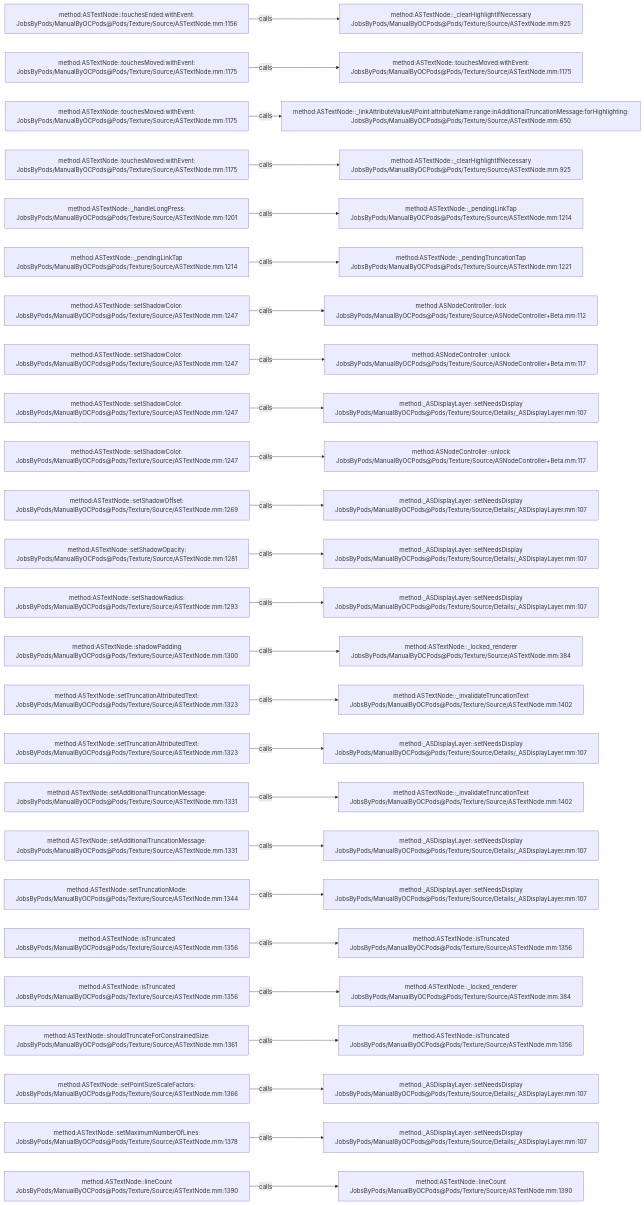
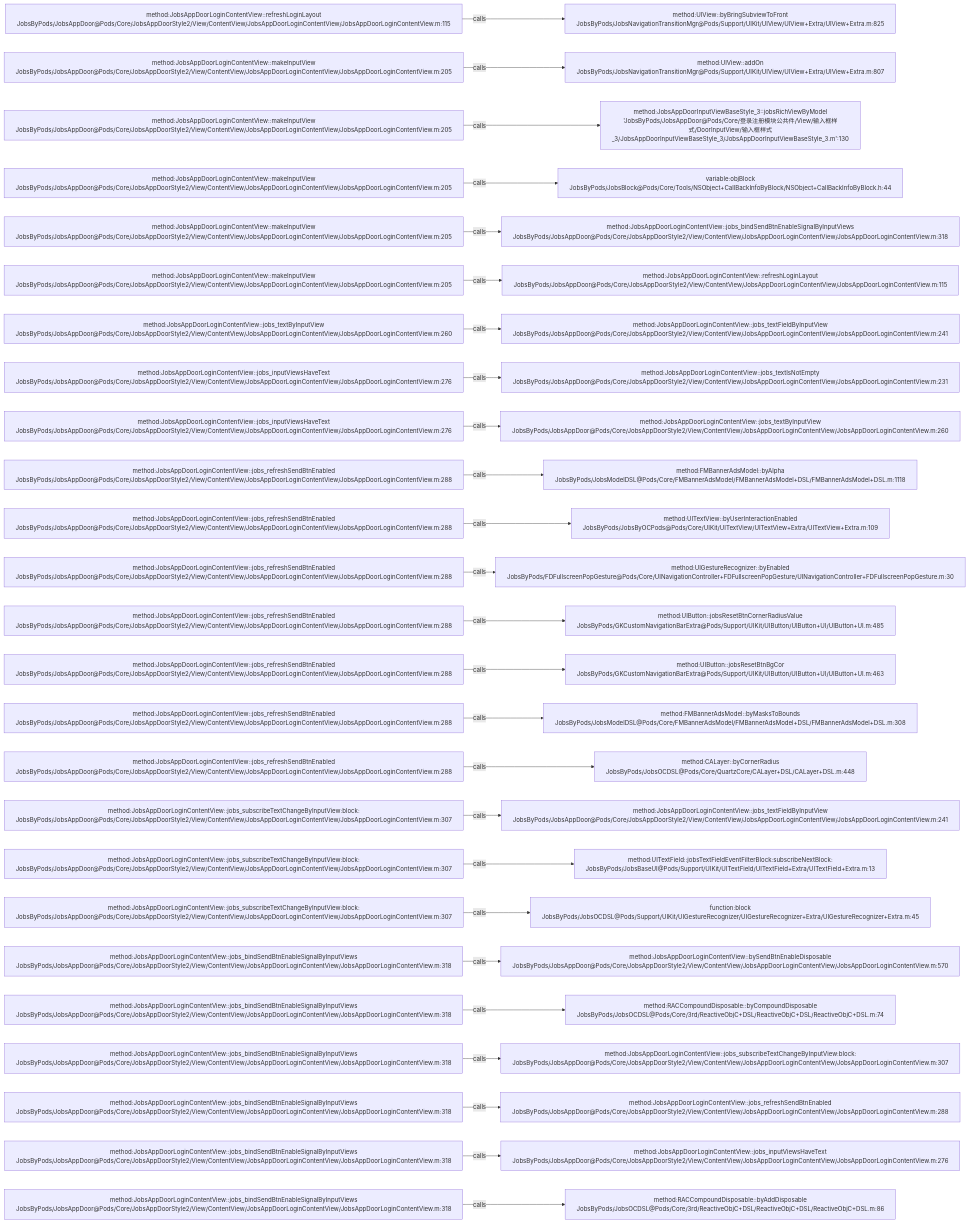
Before and after one commit to JobsKits/JobsOCBaseConfigDemo: the diagram in .codegraph/codegraph.md/graphs/calls-122.md, drawn with Mermaid. The commit also changed 768 other files, not shown here.

````diff
--- a/.codegraph/codegraph.md/graphs/calls-122.md
+++ b/.codegraph/codegraph.md/graphs/calls-122.md
@@ -13,78 +13,78 @@
 ```mermaid
 flowchart LR
-  S1["method:ASTextNode::touchesEnded:withEvent:<br/>JobsByPods/ManualByOCPods@Pods/Texture/Source/ASTextNode.mm:1156"]
-  T1["method:ASTextNode::_clearHighlightIfNecessary<br/>JobsByPods/ManualByOCPods@Pods/Texture/Source/ASTextNode.mm:925"]
+  S1["method:JobsAppDoorLoginContentView::refreshLoginLayout<br/>JobsByPods/JobsAppDoor@Pods/Core/JobsAppDoorStyle2/View/ContentView/JobsAppDoorLoginContentView/JobsAppDoorLoginContentView.m:115"]
+  T1["method:UIView::byBringSubviewToFront<br/>JobsByPods/JobsNavigationTransitionMgr@Pods/Support/UIKit/UIView/UIView+Extra/UIView+Extra.m:825"]
   S1 -->|calls| T1
-  S2["method:ASTextNode::touchesMoved:withEvent:<br/>JobsByPods/ManualByOCPods@Pods/Texture/Source/ASTextNode.mm:1175"]
-  T2["method:ASTextNode::touchesMoved:withEvent:<br/>JobsByPods/ManualByOCPods@Pods/Texture/Source/ASTextNode.mm:1175"]
+  S2["method:JobsAppDoorLoginContentView::makeInputView<br/>JobsByPods/JobsAppDoor@Pods/Core/JobsAppDoorStyle2/View/ContentView/JobsAppDoorLoginContentView/JobsAppDoorLoginContentView.m:205"]
+  T2["method:UIView::addOn<br/>JobsByPods/JobsNavigationTransitionMgr@Pods/Support/UIKit/UIView/UIView+Extra/UIView+Extra.m:807"]
   S2 -->|calls| T2
-  S3["method:ASTextNode::touchesMoved:withEvent:<br/>JobsByPods/ManualByOCPods@Pods/Texture/Source/ASTextNode.mm:1175"]
-  T3["method:ASTextNode::_linkAttributeValueAtPoint:attributeName:range:inAdditionalTruncationMessage:forHighlighting:<br/>JobsByPods/ManualByOCPods@Pods/Texture/Source/ASTextNode.mm:650"]
+  S3["method:JobsAppDoorLoginContentView::makeInputView<br/>JobsByPods/JobsAppDoor@Pods/Core/JobsAppDoorStyle2/View/ContentView/JobsAppDoorLoginContentView/JobsAppDoorLoginContentView.m:205"]
+  T3["method:JobsAppDoorInputViewBaseStyle_3::jobsRichViewByModel<br/>'JobsByPods/JobsAppDoor@Pods/Core/登录注册模块公共件/View/输入框样式/DoorInputView/输入框样式_3/JobsAppDoorInputViewBaseStyle_3/JobsAppDoorInputViewBaseStyle_3.m':130"]
   S3 -->|calls| T3
-  S4["method:ASTextNode::touchesMoved:withEvent:<br/>JobsByPods/ManualByOCPods@Pods/Texture/Source/ASTextNode.mm:1175"]
-  T4["method:ASTextNode::_clearHighlightIfNecessary<br/>JobsByPods/ManualByOCPods@Pods/Texture/Source/ASTextNode.mm:925"]
+  S4["method:JobsAppDoorLoginContentView::makeInputView<br/>JobsByPods/JobsAppDoor@Pods/Core/JobsAppDoorStyle2/View/ContentView/JobsAppDoorLoginContentView/JobsAppDoorLoginContentView.m:205"]
+  T4["variable:objBlock<br/>JobsByPods/JobsBlock@Pods/Core/Tools/NSObject+CallBackInfoByBlock/NSObject+CallBackInfoByBlock.h:44"]
   S4 -->|calls| T4
-  S5["method:ASTextNode::_handleLongPress:<br/>JobsByPods/ManualByOCPods@Pods/Texture/Source/ASTextNode.mm:1201"]
-  T5["method:ASTextNode::_pendingLinkTap<br/>JobsByPods/ManualByOCPods@Pods/Texture/Source/ASTextNode.mm:1214"]
+  S5["method:JobsAppDoorLoginContentView::makeInputView<br/>JobsByPods/JobsAppDoor@Pods/Core/JobsAppDoorStyle2/View/ContentView/JobsAppDoorLoginContentView/JobsAppDoorLoginContentView.m:205"]
+  T5["method:JobsAppDoorLoginContentView::jobs_bindSendBtnEnableSignalByInputViews<br/>JobsByPods/JobsAppDoor@Pods/Core/JobsAppDoorStyle2/View/ContentView/JobsAppDoorLoginContentView/JobsAppDoorLoginContentView.m:318"]
   S5 -->|calls| T5
-  S6["method:ASTextNode::_pendingLinkTap<br/>JobsByPods/ManualByOCPods@Pods/Texture/Source/ASTextNode.mm:1214"]
-  T6["method:ASTextNode::_pendingTruncationTap<br/>JobsByPods/ManualByOCPods@Pods/Texture/Source/ASTextNode.mm:1221"]
+  S6["method:JobsAppDoorLoginContentView::makeInputView<br/>JobsByPods/JobsAppDoor@Pods/Core/JobsAppDoorStyle2/View/ContentView/JobsAppDoorLoginContentView/JobsAppDoorLoginContentView.m:205"]
+  T6["method:JobsAppDoorLoginContentView::refreshLoginLayout<br/>JobsByPods/JobsAppDoor@Pods/Core/JobsAppDoorStyle2/View/ContentView/JobsAppDoorLoginContentView/JobsAppDoorLoginContentView.m:115"]
   S6 -->|calls| T6
-  S7["method:ASTextNode::setShadowColor:<br/>JobsByPods/ManualByOCPods@Pods/Texture/Source/ASTextNode.mm:1247"]
-  T7["method:ASNodeController::lock<br/>JobsByPods/ManualByOCPods@Pods/Texture/Source/ASNodeController+Beta.mm:112"]
+  S7["method:JobsAppDoorLoginContentView::jobs_textByInputView<br/>JobsByPods/JobsAppDoor@Pods/Core/JobsAppDoorStyle2/View/ContentView/JobsAppDoorLoginContentView/JobsAppDoorLoginContentView.m:260"]
+  T7["method:JobsAppDoorLoginContentView::jobs_textFieldByInputView<br/>JobsByPods/JobsAppDoor@Pods/Core/JobsAppDoorStyle2/View/ContentView/JobsAppDoorLoginContentView/JobsAppDoorLoginContentView.m:241"]
   S7 -->|calls| T7
-  S8["method:ASTextNode::setShadowColor:<br/>JobsByPods/ManualByOCPods@Pods/Texture/Source/ASTextNode.mm:1247"]
-  T8["method:ASNodeController::unlock<br/>JobsByPods/ManualByOCPods@Pods/Texture/Source/ASNodeController+Beta.mm:117"]
+  S8["method:JobsAppDoorLoginContentView::jobs_inputViewsHaveText<br/>JobsByPods/JobsAppDoor@Pods/Core/JobsAppDoorStyle2/View/ContentView/JobsAppDoorLoginContentView/JobsAppDoorLoginContentView.m:276"]
+  T8["method:JobsAppDoorLoginContentView::jobs_textIsNotEmpty<br/>JobsByPods/JobsAppDoor@Pods/Core/JobsAppDoorStyle2/View/ContentView/JobsAppDoorLoginContentView/JobsAppDoorLoginContentView.m:231"]
   S8 -->|calls| T8
-  S9["method:ASTextNode::setShadowColor:<br/>JobsByPods/ManualByOCPods@Pods/Texture/Source/ASTextNode.mm:1247"]
-  T9["method:_ASDisplayLayer::setNeedsDisplay<br/>JobsByPods/ManualByOCPods@Pods/Texture/Source/Details/_ASDisplayLayer.mm:107"]
+  S9["method:JobsAppDoorLoginContentView::jobs_inputViewsHaveText<br/>JobsByPods/JobsAppDoor@Pods/Core/JobsAppDoorStyle2/View/ContentView/JobsAppDoorLoginContentView/JobsAppDoorLoginContentView.m:276"]
+  T9["method:JobsAppDoorLoginContentView::jobs_textByInputView<br/>JobsByPods/JobsAppDoor@Pods/Core/JobsAppDoorStyle2/View/ContentView/JobsAppDoorLoginContentView/JobsAppDoorLoginContentView.m:260"]
   S9 -->|calls| T9
-  S10["method:ASTextNode::setShadowColor:<br/>JobsByPods/ManualByOCPods@Pods/Texture/Source/ASTextNode.mm:1247"]
-  T10["method:ASNodeController::unlock<br/>JobsByPods/ManualByOCPods@Pods/Texture/Source/ASNodeController+Beta.mm:117"]
+  S10["method:JobsAppDoorLoginContentView::jobs_refreshSendBtnEnabled<br/>JobsByPods/JobsAppDoor@Pods/Core/JobsAppDoorStyle2/View/ContentView/JobsAppDoorLoginContentView/JobsAppDoorLoginContentView.m:288"]
+  T10["method:FMBannerAdsModel::byAlpha<br/>JobsByPods/JobsModelDSL@Pods/Core/FMBannerAdsModel/FMBannerAdsModel+DSL/FMBannerAdsModel+DSL.m:1118"]
   S10 -->|calls| T10
-  S11["method:ASTextNode::setShadowOffset:<br/>JobsByPods/ManualByOCPods@Pods/Texture/Source/ASTextNode.mm:1269"]
-  T11["method:_ASDisplayLayer::setNeedsDisplay<br/>JobsByPods/ManualByOCPods@Pods/Texture/Source/Details/_ASDisplayLayer.mm:107"]
+  S11["method:JobsAppDoorLoginContentView::jobs_refreshSendBtnEnabled<br/>JobsByPods/JobsAppDoor@Pods/Core/JobsAppDoorStyle2/View/ContentView/JobsAppDoorLoginContentView/JobsAppDoorLoginContentView.m:288"]
+  T11["method:UITextView::byUserInteractionEnabled<br/>JobsByPods/JobsByOCPods@Pods/Core/UIKit/UITextView/UITextView+Extra/UITextView+Extra.m:109"]
   S11 -->|calls| T11
-  S12["method:ASTextNode::setShadowOpacity:<br/>JobsByPods/ManualByOCPods@Pods/Texture/Source/ASTextNode.mm:1281"]
-  T12["method:_ASDisplayLayer::setNeedsDisplay<br/>JobsByPods/ManualByOCPods@Pods/Texture/Source/Details/_ASDisplayLayer.mm:107"]
+  S12["method:JobsAppDoorLoginContentView::jobs_refreshSendBtnEnabled<br/>JobsByPods/JobsAppDoor@Pods/Core/JobsAppDoorStyle2/View/ContentView/JobsAppDoorLoginContentView/JobsAppDoorLoginContentView.m:288"]
+  T12["method:UIGestureRecognizer::byEnabled<br/>JobsByPods/FDFullscreenPopGesture@Pods/Core/UINavigationController+FDFullscreenPopGesture/UINavigationController+FDFullscreenPopGesture.m:30"]
   S12 -->|calls| T12
-  S13["method:ASTextNode::setShadowRadius:<br/>JobsByPods/ManualByOCPods@Pods/Texture/Source/ASTextNode.mm:1293"]
-  T13["method:_ASDisplayLayer::setNeedsDisplay<br/>JobsByPods/ManualByOCPods@Pods/Texture/Source/Details/_ASDisplayLayer.mm:107"]
+  S13["method:JobsAppDoorLoginContentView::jobs_refreshSendBtnEnabled<br/>JobsByPods/JobsAppDoor@Pods/Core/JobsAppDoorStyle2/View/ContentView/JobsAppDoorLoginContentView/JobsAppDoorLoginContentView.m:288"]
+  T13["method:UIButton::jobsResetBtnCornerRadiusValue<br/>JobsByPods/GKCustomNavigationBarExtra@Pods/Support/UIKit/UIButton/UIButton+UI/UIButton+UI.m:485"]
   S13 -->|calls| T13
-  S14["method:ASTextNode::shadowPadding<br/>JobsByPods/ManualByOCPods@Pods/Texture/Source/ASTextNode.mm:1300"]
-  T14["method:ASTextNode::_locked_renderer<br/>JobsByPods/ManualByOCPods@Pods/Texture/Source/ASTextNode.mm:384"]
+  S14["method:JobsAppDoorLoginContentView::jobs_refreshSendBtnEnabled<br/>JobsByPods/JobsAppDoor@Pods/Core/JobsAppDoorStyle2/View/ContentView/JobsAppDoorLoginContentView/JobsAppDoorLoginContentView.m:288"]
+  T14["method:UIButton::jobsResetBtnBgCor<br/>JobsByPods/GKCustomNavigationBarExtra@Pods/Support/UIKit/UIButton/UIButton+UI/UIButton+UI.m:463"]
   S14 -->|calls| T14
-  S15["method:ASTextNode::setTruncationAttributedText:<br/>JobsByPods/ManualByOCPods@Pods/Texture/Source/ASTextNode.mm:1323"]
-  T15["method:ASTextNode::_invalidateTruncationText<br/>JobsByPods/ManualByOCPods@Pods/Texture/Source/ASTextNode.mm:1402"]
+  S15["method:JobsAppDoorLoginContentView::jobs_refreshSendBtnEnabled<br/>JobsByPods/JobsAppDoor@Pods/Core/JobsAppDoorStyle2/View/ContentView/JobsAppDoorLoginContentView/JobsAppDoorLoginContentView.m:288"]
+  T15["method:FMBannerAdsModel::byMasksToBounds<br/>JobsByPods/JobsModelDSL@Pods/Core/FMBannerAdsModel/FMBannerAdsModel+DSL/FMBannerAdsModel+DSL.m:308"]
   S15 -->|calls| T15
-  S16["method:ASTextNode::setTruncationAttributedText:<br/>JobsByPods/ManualByOCPods@Pods/Texture/Source/ASTextNode.mm:1323"]
-  T16["method:_ASDisplayLayer::setNeedsDisplay<br/>JobsByPods/ManualByOCPods@Pods/Texture/Source/Details/_ASDisplayLayer.mm:107"]
+  S16["method:JobsAppDoorLoginContentView::jobs_refreshSendBtnEnabled<br/>JobsByPods/JobsAppDoor@Pods/Core/JobsAppDoorStyle2/View/ContentView/JobsAppDoorLoginContentView/JobsAppDoorLoginContentView.m:288"]
+  T16["method:CALayer::byCornerRadius<br/>JobsByPods/JobsOCDSL@Pods/Core/QuartzCore/CALayer+DSL/CALayer+DSL.m:448"]
   S16 -->|calls| T16
-  S17["method:ASTextNode::setAdditionalTruncationMessage:<br/>JobsByPods/ManualByOCPods@Pods/Texture/Source/ASTextNode.mm:1331"]
-  T17["method:ASTextNode::_invalidateTruncationText<br/>JobsByPods/ManualByOCPods@Pods/Texture/Source/ASTextNode.mm:1402"]
+  S17["method:JobsAppDoorLoginContentView::jobs_subscribeTextChangeByInputView:block:<br/>JobsByPods/JobsAppDoor@Pods/Core/JobsAppDoorStyle2/View/ContentView/JobsAppDoorLoginContentView/JobsAppDoorLoginContentView.m:307"]
+  T17["method:JobsAppDoorLoginContentView::jobs_textFieldByInputView<br/>JobsByPods/JobsAppDoor@Pods/Core/JobsAppDoorStyle2/View/ContentView/JobsAppDoorLoginContentView/JobsAppDoorLoginContentView.m:241"]
   S17 -->|calls| T17
-  S18["method:ASTextNode::setAdditionalTruncationMessage:<br/>JobsByPods/ManualByOCPods@Pods/Texture/Source/ASTextNode.mm:1331"]
-  T18["method:_ASDisplayLayer::setNeedsDisplay<br/>JobsByPods/ManualByOCPods@Pods/Texture/Source/Details/_ASDisplayLayer.mm:107"]
+  S18["method:JobsAppDoorLoginContentView::jobs_subscribeTextChangeByInputView:block:<br/>JobsByPods/JobsAppDoor@Pods/Core/JobsAppDoorStyle2/View/ContentView/JobsAppDoorLoginContentView/JobsAppDoorLoginContentView.m:307"]
+  T18["method:UITextField::jobsTextFieldEventFilterBlock:subscribeNextBlock:<br/>JobsByPods/JobsBaseUI@Pods/Support/UIKit/UITextField/UITextField+Extra/UITextField+Extra.m:13"]
   S18 -->|calls| T18
-  S19["method:ASTextNode::setTruncationMode:<br/>JobsByPods/ManualByOCPods@Pods/Texture/Source/ASTextNode.mm:1344"]
-  T19["method:_ASDisplayLayer::setNeedsDisplay<br/>JobsByPods/ManualByOCPods@Pods/Texture/Source/Details/_ASDisplayLayer.mm:107"]
+  S19["method:JobsAppDoorLoginContentView::jobs_subscribeTextChangeByInputView:block:<br/>JobsByPods/JobsAppDoor@Pods/Core/JobsAppDoorStyle2/View/ContentView/JobsAppDoorLoginContentView/JobsAppDoorLoginContentView.m:307"]
+  T19["function:block<br/>JobsByPods/JobsOCDSL@Pods/Support/UIKit/UIGestureRecognizer/UIGestureRecognizer+Extra/UIGestureRecognizer+Extra.m:45"]
   S19 -->|calls| T19
-  S20["method:ASTextNode::isTruncated<br/>JobsByPods/ManualByOCPods@Pods/Texture/Source/ASTextNode.mm:1356"]
-  T20["method:ASTextNode::isTruncated<br/>JobsByPods/ManualByOCPods@Pods/Texture/Source/ASTextNode.mm:1356"]
+  S20["method:JobsAppDoorLoginContentView::jobs_bindSendBtnEnableSignalByInputViews<br/>JobsByPods/JobsAppDoor@Pods/Core/JobsAppDoorStyle2/View/ContentView/JobsAppDoorLoginContentView/JobsAppDoorLoginContentView.m:318"]
+  T20["method:JobsAppDoorLoginContentView::bySendBtnEnableDisposable<br/>JobsByPods/JobsAppDoor@Pods/Core/JobsAppDoorStyle2/View/ContentView/JobsAppDoorLoginContentView/JobsAppDoorLoginContentView.m:570"]
   S20 -->|calls| T20
-  S21["method:ASTextNode::isTruncated<br/>JobsByPods/ManualByOCPods@Pods/Texture/Source/ASTextNode.mm:1356"]
-  T21["method:ASTextNode::_locked_renderer<br/>JobsByPods/ManualByOCPods@Pods/Texture/Source/ASTextNode.mm:384"]
+  S21["method:JobsAppDoorLoginContentView::jobs_bindSendBtnEnableSignalByInputViews<br/>JobsByPods/JobsAppDoor@Pods/Core/JobsAppDoorStyle2/View/ContentView/JobsAppDoorLoginContentView/JobsAppDoorLoginContentView.m:318"]
+  T21["method:RACCompoundDisposable::byCompoundDisposable<br/>JobsByPods/JobsOCDSL@Pods/Core/3rd/ReactiveObjC+DSL/ReactiveObjC+DSL/ReactiveObjC+DSL.m:74"]
   S21 -->|calls| T21
-  S22["method:ASTextNode::shouldTruncateForConstrainedSize:<br/>JobsByPods/ManualByOCPods@Pods/Texture/Source/ASTextNode.mm:1361"]
-  T22["method:ASTextNode::isTruncated<br/>JobsByPods/ManualByOCPods@Pods/Texture/Source/ASTextNode.mm:1356"]
+  S22["method:JobsAppDoorLoginContentView::jobs_bindSendBtnEnableSignalByInputViews<br/>JobsByPods/JobsAppDoor@Pods/Core/JobsAppDoorStyle2/View/ContentView/JobsAppDoorLoginContentView/JobsAppDoorLoginContentView.m:318"]
+  T22["method:JobsAppDoorLoginContentView::jobs_subscribeTextChangeByInputView:block:<br/>JobsByPods/JobsAppDoor@Pods/Core/JobsAppDoorStyle2/View/ContentView/JobsAppDoorLoginContentView/JobsAppDoorLoginContentView.m:307"]
   S22 -->|calls| T22
-  S23["method:ASTextNode::setPointSizeScaleFactors:<br/>JobsByPods/ManualByOCPods@Pods/Texture/Source/ASTextNode.mm:1366"]
-  T23["method:_ASDisplayLayer::setNeedsDisplay<br/>JobsByPods/ManualByOCPods@Pods/Texture/Source/Details/_ASDisplayLayer.mm:107"]
+  S23["method:JobsAppDoorLoginContentView::jobs_bindSendBtnEnableSignalByInputViews<br/>JobsByPods/JobsAppDoor@Pods/Core/JobsAppDoorStyle2/View/ContentView/JobsAppDoorLoginContentView/JobsAppDoorLoginContentView.m:318"]
+  T23["method:JobsAppDoorLoginContentView::jobs_refreshSendBtnEnabled<br/>JobsByPods/JobsAppDoor@Pods/Core/JobsAppDoorStyle2/View/ContentView/JobsAppDoorLoginContentView/JobsAppDoorLoginContentView.m:288"]
   S23 -->|calls| T23
-  S24["method:ASTextNode::setMaximumNumberOfLines:<br/>JobsByPods/ManualByOCPods@Pods/Texture/Source/ASTextNode.mm:1378"]
-  T24["method:_ASDisplayLayer::setNeedsDisplay<br/>JobsByPods/ManualByOCPods@Pods/Texture/Source/Details/_ASDisplayLayer.mm:107"]
+  S24["method:JobsAppDoorLoginContentView::jobs_bindSendBtnEnableSignalByInputViews<br/>JobsByPods/JobsAppDoor@Pods/Core/JobsAppDoorStyle2/View/ContentView/JobsAppDoorLoginContentView/JobsAppDoorLoginContentView.m:318"]
+  T24["method:JobsAppDoorLoginContentView::jobs_inputViewsHaveText<br/>JobsByPods/JobsAppDoor@Pods/Core/JobsAppDoorStyle2/View/ContentView/JobsAppDoorLoginContentView/JobsAppDoorLoginContentView.m:276"]
   S24 -->|calls| T24
-  S25["method:ASTextNode::lineCount<br/>JobsByPods/ManualByOCPods@Pods/Texture/Source/ASTextNode.mm:1390"]
-  T25["method:ASTextNode::lineCount<br/>JobsByPods/ManualByOCPods@Pods/Texture/Source/ASTextNode.mm:1390"]
+  S25["method:JobsAppDoorLoginContentView::jobs_bindSendBtnEnableSignalByInputViews<br/>JobsByPods/JobsAppDoor@Pods/Core/JobsAppDoorStyle2/View/ContentView/JobsAppDoorLoginContentView/JobsAppDoorLoginContentView.m:318"]
+  T25["method:RACCompoundDisposable::byAddDisposable<br/>JobsByPods/JobsOCDSL@Pods/Core/3rd/ReactiveObjC+DSL/ReactiveObjC+DSL/ReactiveObjC+DSL.m:86"]
   S25 -->|calls| T25
 ```
````
